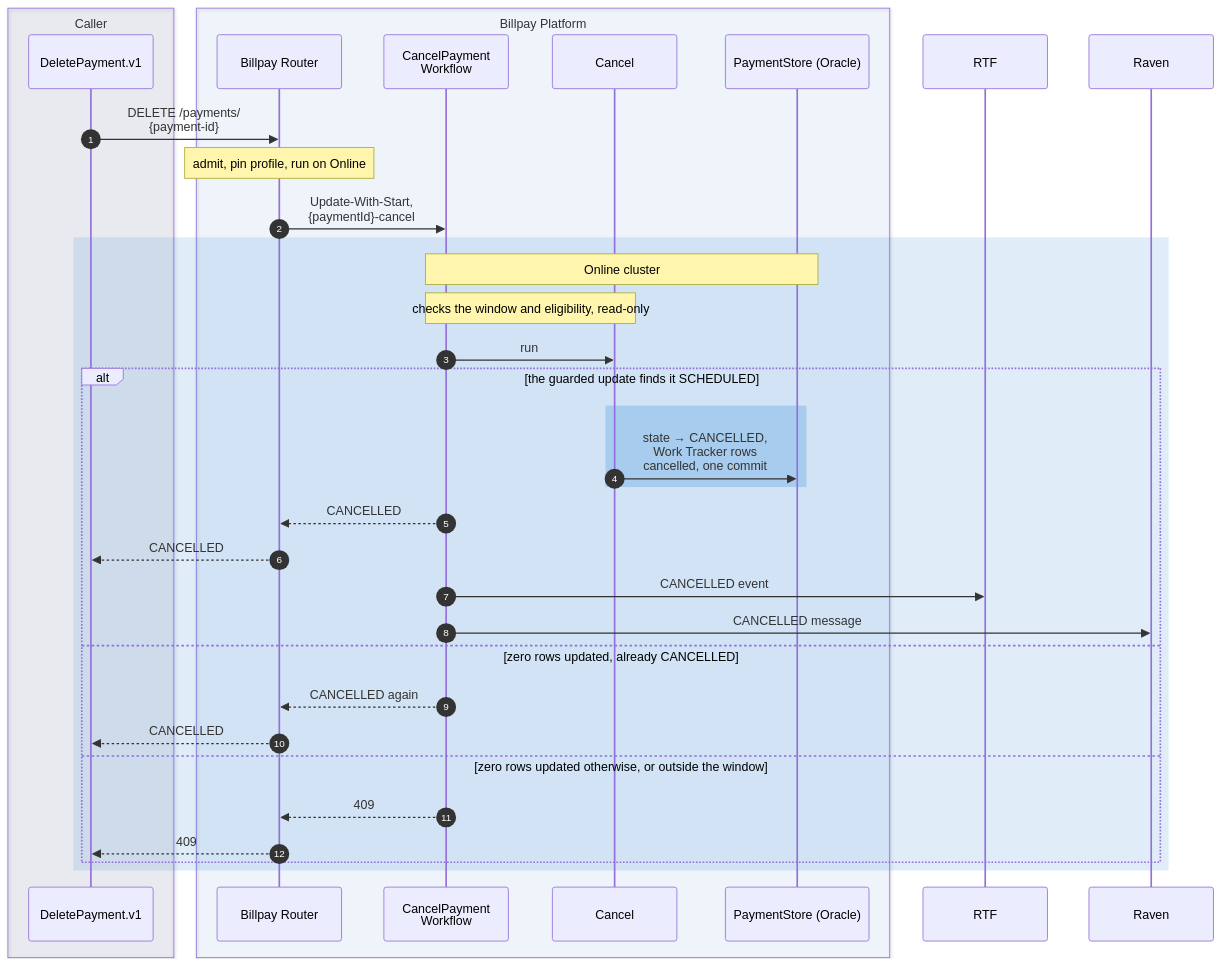
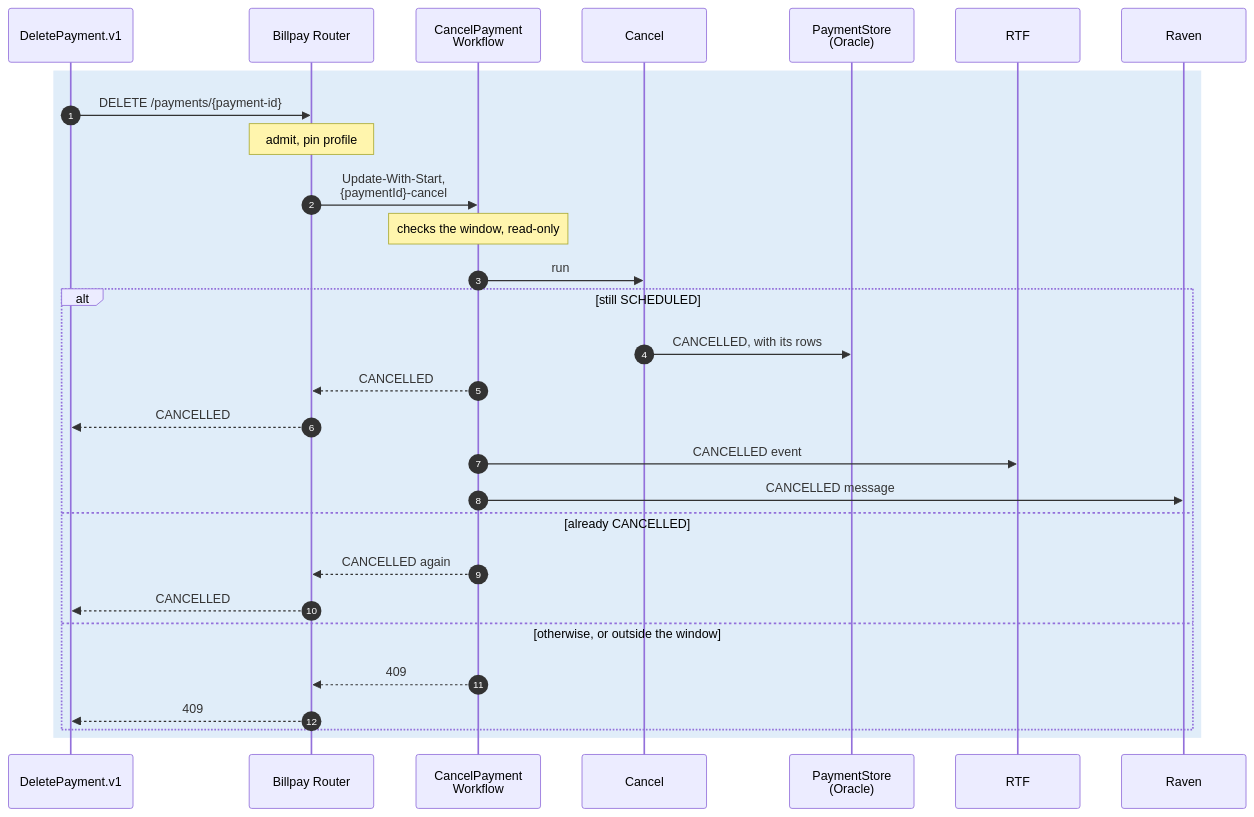
The sixth of 16 diagrams in website/docs/design/sequence-diagrams.md (arunav-bhattacharya/billpay-book), drawn with Mermaid before and after one commit. The commit also changed other lines of this file and 43 other files, not shown here.

First line of the commit message:
One sequence-diagram style; journeys editable as YAML

````diff
--- a/website/docs/design/sequence-diagrams.md
+++ b/website/docs/design/sequence-diagrams.md
@@ -441,48 +350,38 @@
 ```mermaid
 ---
 config:
   fontFamily: "BentonSansUI, Helvetica, Arial, sans-serif"
   fontSize: 15
 ---
 sequenceDiagram
   autonumber
 
-  box rgba(0,23,90,0.07) Caller
-    participant OD as DeletePayment.v1
-  end
-
-  box rgba(0,111,207,0.05) Billpay Platform
-    participant R as Billpay Router
-    participant CW as CancelPayment<br/>Workflow
-    participant CAN as Cancel
-    participant PS as PaymentStore (Oracle)
-  end
-
+  participant OD as DeletePayment.v1
+  participant R as Billpay Router
+  participant CW as CancelPayment<br/>Workflow
+  participant CAN as Cancel
+  participant PS as PaymentStore<br/>(Oracle)
   participant RTF
   participant RAV as Raven
 
-  OD->>R: DELETE /payments/<br/>{payment-id}
-  Note over R: admit, pin profile, run on Online
-  R->>CW: Update-With-Start,<br/>{paymentId}-cancel
-
   rect rgba(0,111,207,0.12)
-    Note over CW,PS: Online cluster
-    Note over CW,CAN: checks the window and eligibility, read-only
+    OD->>R: DELETE /payments/{payment-id}
+    Note over R: admit, pin profile
+    R->>CW: Update-With-Start,<br/>{paymentId}-cancel
+    Note over CW: checks the window, read-only
     CW->>CAN: run
-    alt the guarded update finds it SCHEDULED
-      rect rgba(102,169,226,0.40)
-        CAN->>PS: state → CANCELLED,<br/>Work Tracker rows<br/>cancelled, one commit
-      end
+    alt still SCHEDULED
+      CAN->>PS: CANCELLED, with its rows
       CW-->>R: CANCELLED
       R-->>OD: CANCELLED
       CW->>RTF: CANCELLED event
       CW->>RAV: CANCELLED message
-    else zero rows updated, already CANCELLED
+    else already CANCELLED
       CW-->>R: CANCELLED again
       R-->>OD: CANCELLED
-    else zero rows updated otherwise, or outside the window
+    else otherwise, or outside the window
       CW-->>R: 409
       R-->>OD: 409
     end
   end
 ```
````
